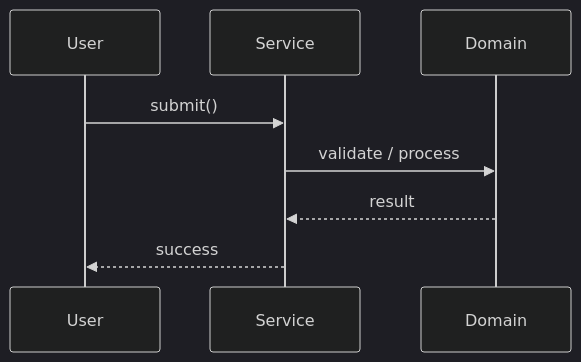
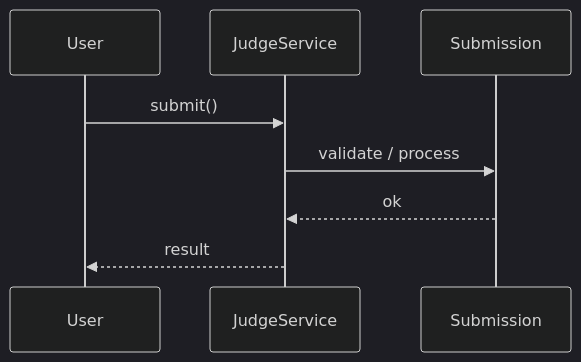
One commit to madhupaila/Interview-Prep-SSE changed the second of 3 diagrams in Learn/System Design - Low Level Design/02-classic-ood/questions/Q61-online-judge.md. Above: the diagram before and after it, drawn with Mermaid (dark theme). The commit also changed other lines of this file and 491 other files, not shown here.

````diff
--- a/Learn/System Design - Low Level Design/02-classic-ood/questions/Q61-online-judge.md
+++ b/Learn/System Design - Low Level Design/02-classic-ood/questions/Q61-online-judge.md
@@ -122,10 +147,10 @@
 ```mermaid
 sequenceDiagram
-    participant U as User
-    participant S as Service
-    participant D as Domain
-    U->>S: submit()
-    S->>D: validate / process
-    D-->>S: result
-    S-->>U: success
+participant U as User
+participant S as JudgeService
+participant D as Submission
+U->>S: submit()
+S->>D: validate / process
+D-->>S: ok
+S-->>U: result
 ```
````
